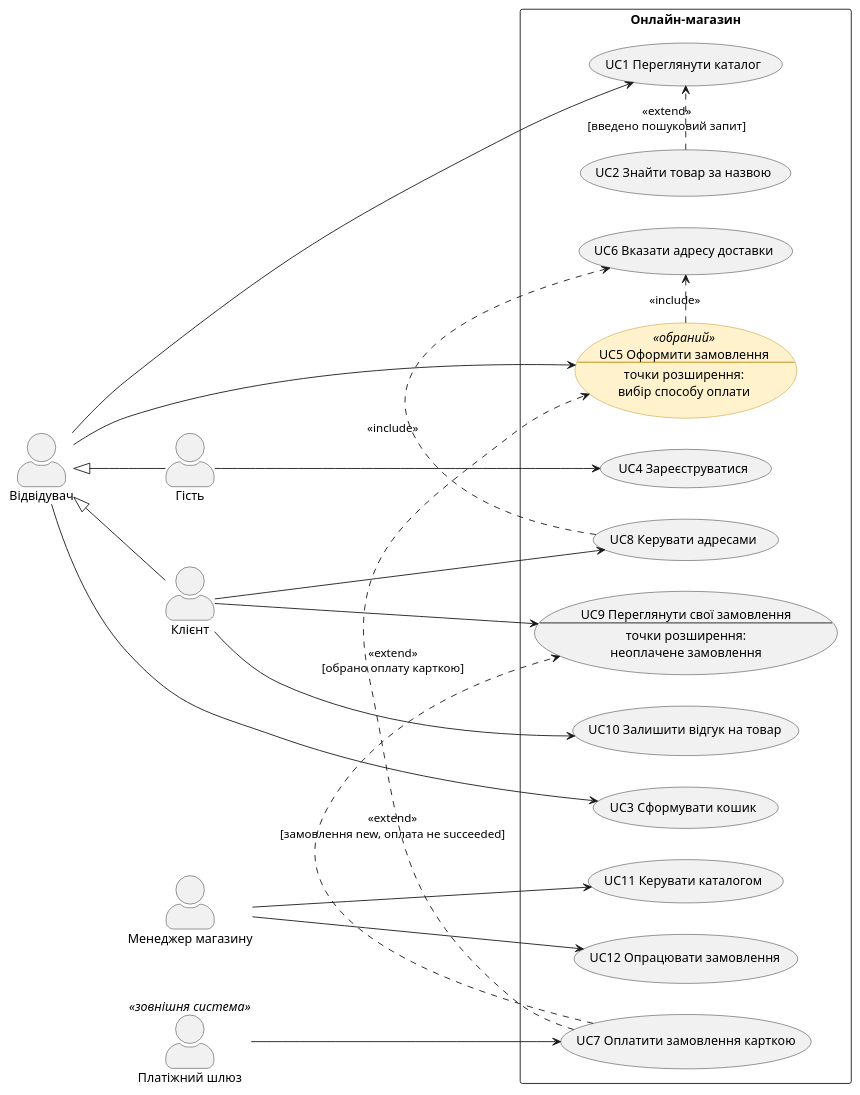
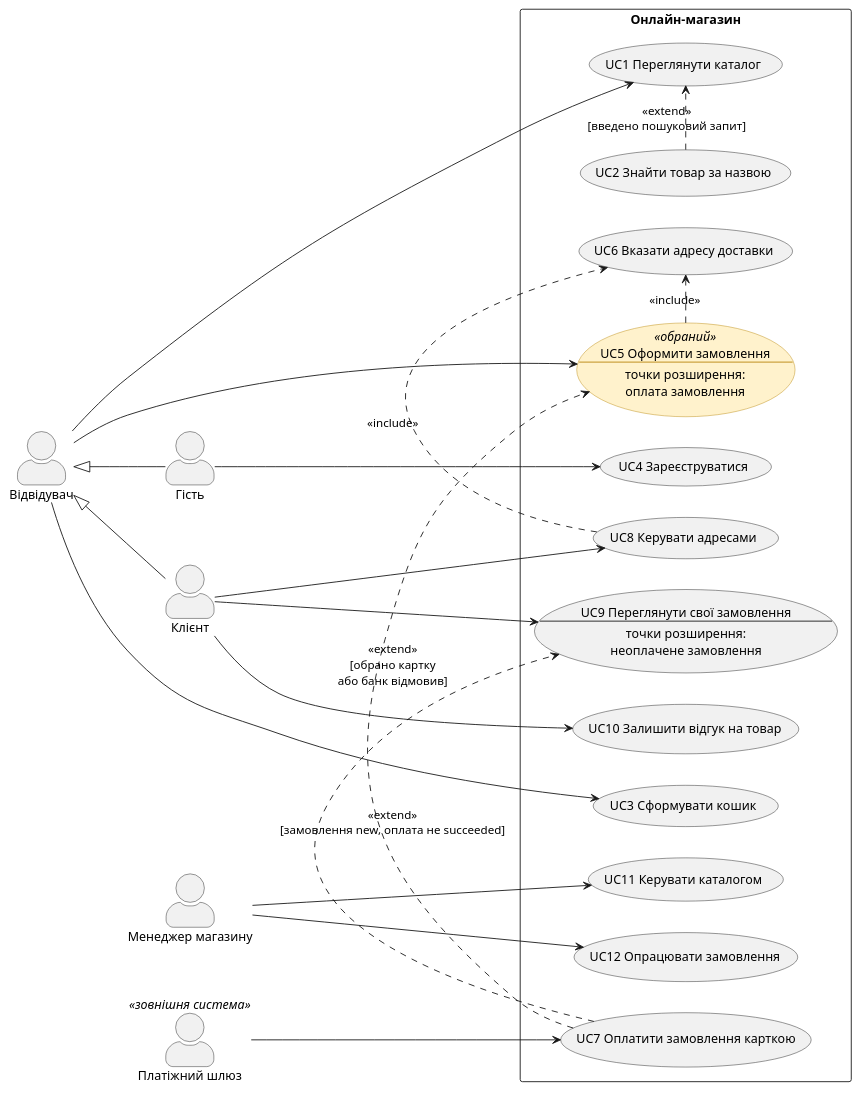
Before and after one commit to piximeow/KPI: the diagram in lab2/diagrams/uc-diagram.puml, drawn with PlantUML. The commit also changed 3 other files, not shown here.

```diff
--- a/lab2/diagrams/uc-diagram.puml
+++ b/lab2/diagrams/uc-diagram.puml
@@ -1,54 +1,54 @@
 @startuml uc-diagram
 ' UC-діаграма «Онлайн-магазин» (lab2). Джерело правди: ../use-cases.md
 left to right direction
 skinparam packageStyle rectangle
 skinparam actorStyle awesome
 skinparam usecase {
   BackgroundColor<<обраний>> #FFF2CC
   BorderColor<<обраний>> #B8860B
 }
 
 actor "Відвідувач" as Visitor
 actor "Гість" as Guest
 actor "Клієнт" as Client
 actor "Менеджер магазину" as Manager
 actor "Платіжний шлюз" as Gateway <<зовнішня система>>
 
 ' узагальнення акторів: Гість і Клієнт — різновиди Відвідувача
 Visitor <|-- Guest
 Visitor <|-- Client
 
 rectangle "Онлайн-магазин" {
   usecase "UC1 Переглянути каталог" as UC1
   usecase "UC2 Знайти товар за назвою" as UC2
   usecase "UC3 Сформувати кошик" as UC3
   usecase "UC4 Зареєструватися" as UC4
-  usecase "UC5 Оформити замовлення\n--\nточки розширення:\nвибір способу оплати" as UC5 <<обраний>>
+  usecase "UC5 Оформити замовлення\n--\nточки розширення:\nоплата замовлення" as UC5 <<обраний>>
   usecase "UC6 Вказати адресу доставки" as UC6
   usecase "UC7 Оплатити замовлення карткою" as UC7
   usecase "UC8 Керувати адресами" as UC8
   usecase "UC9 Переглянути свої замовлення\n--\nточки розширення:\nнеоплачене замовлення" as UC9
   usecase "UC10 Залишити відгук на товар" as UC10
   usecase "UC11 Керувати каталогом" as UC11
   usecase "UC12 Опрацювати замовлення" as UC12
 }
 
 Visitor --> UC1
 Visitor --> UC3
 Visitor --> UC5
 Guest --> UC4
 Client --> UC8
 Client --> UC9
 Client --> UC10
 Manager --> UC11
 Manager --> UC12
 
 UC2 .> UC1 : <<extend>>\n[введено пошуковий запит]
 UC5 .> UC6 : <<include>>
 UC8 .> UC6 : <<include>>
-UC7 .> UC5 : <<extend>>\n[обрано оплату карткою]
+UC7 .> UC5 : <<extend>>\n[обрано картку\nабо банк відмовив]
 UC7 .> UC9 : <<extend>>\n[замовлення new, оплата не succeeded]
 
 ' шлюз ініціює повідомлення про результат оплати
 Gateway --> UC7
 @enduml
```
